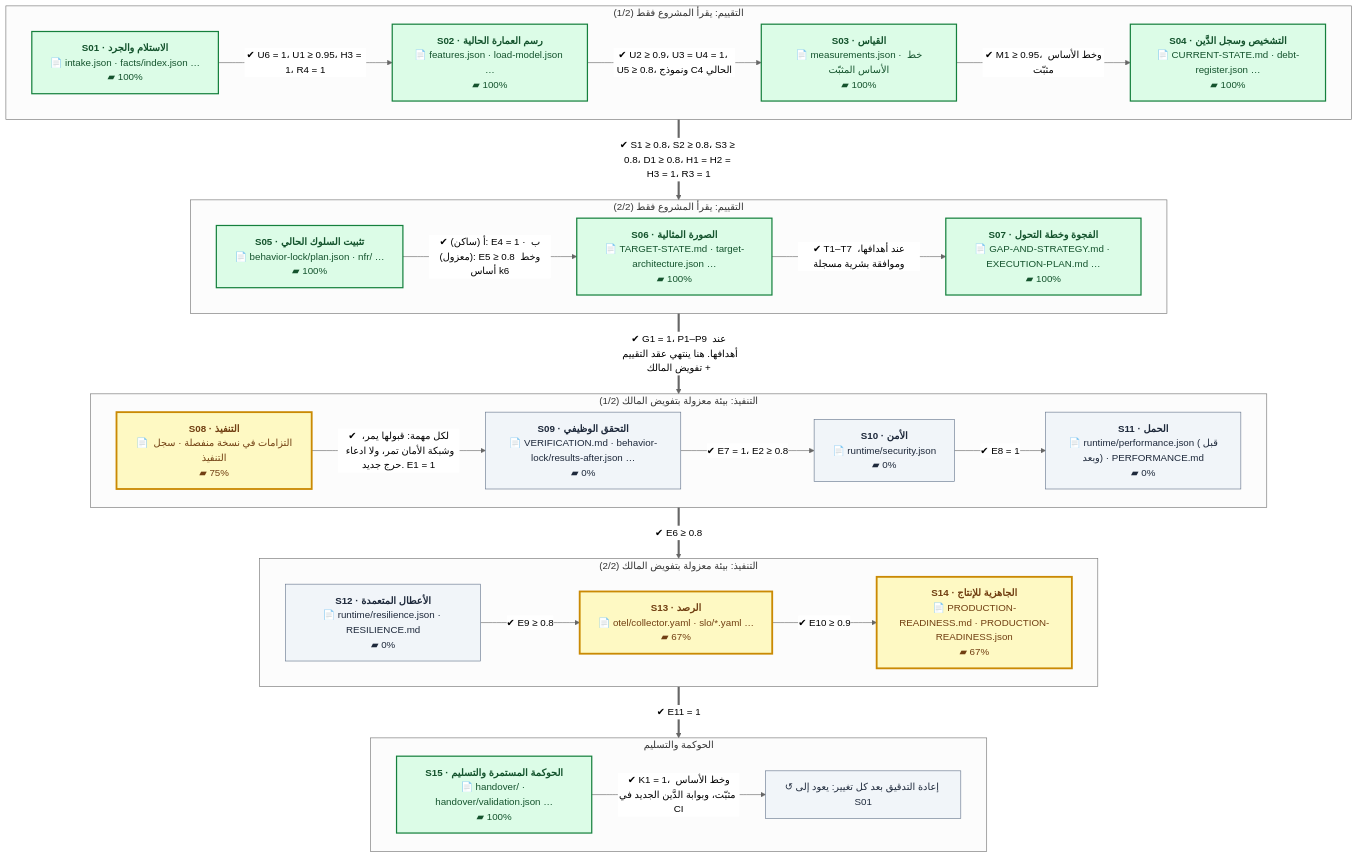
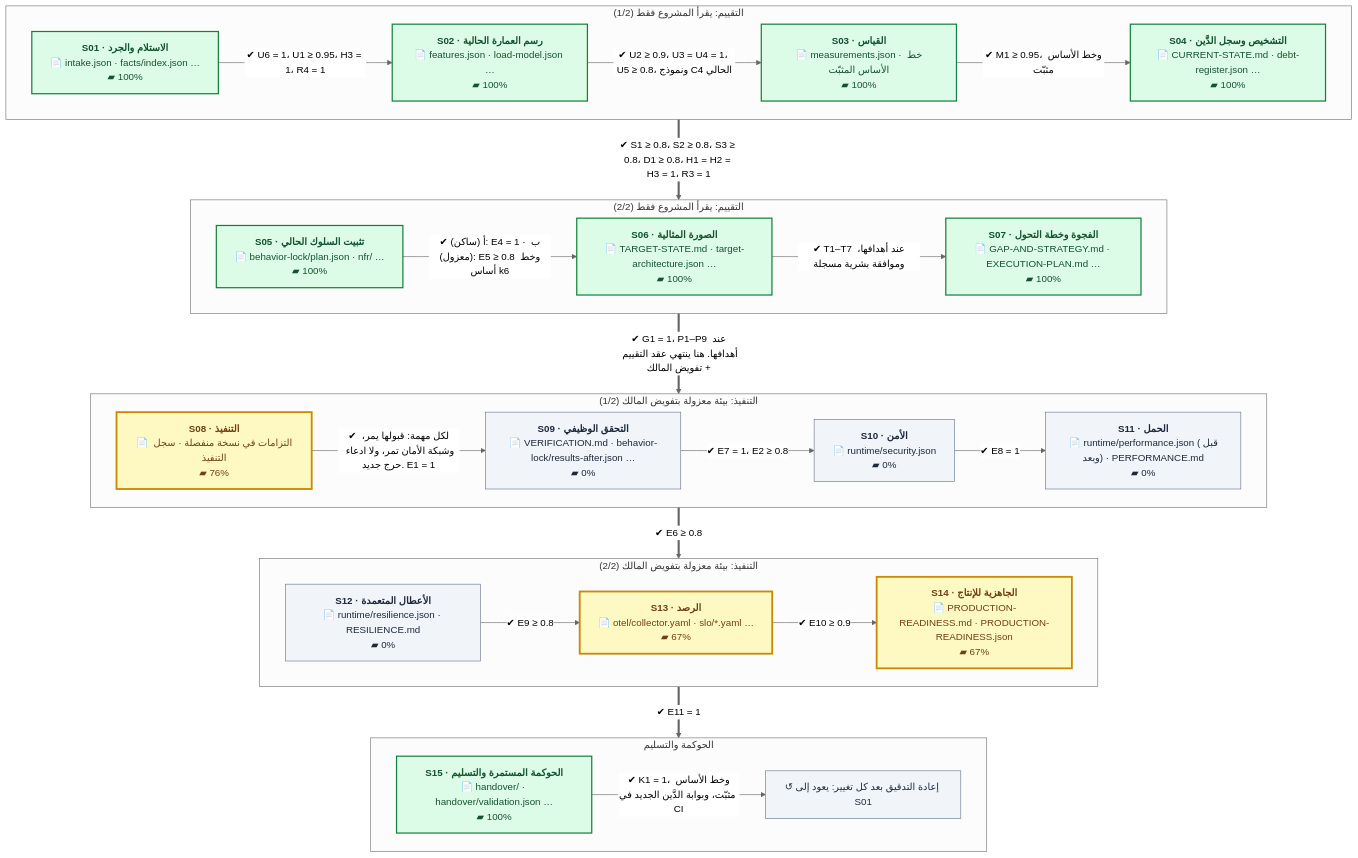
One commit to eom1417/engineering-audit-os changed the first of 2 diagrams in README.md. Above: the diagram before and after it, drawn with Mermaid (neutral theme). The commit also changed other lines of this file and 3 other files, not shown here.

````diff
--- a/README.md
+++ b/README.md
@@ -52,54 +52,54 @@
 ```mermaid
 %%{init: {'flowchart': {'wrappingWidth': 260, 'nodeSpacing': 40, 'rankSpacing': 60}}}%%
 flowchart TB
     subgraph P1["التقييم: يقرأ المشروع فقط (1/2)"]
         direction LR
         S01["<b>S01 · الاستلام والجرد</b><br/>📄 intake.json · facts/index.json …<br/>▰ 100%"]:::done
         S02["<b>S02 · رسم العمارة الحالية</b><br/>📄 features.json · load-model.json …<br/>▰ 100%"]:::done
         S03["<b>S03 · القياس</b><br/>📄 measurements.json · خط الأساس المثبّت<br/>▰ 100%"]:::done
         S04["<b>S04 · التشخيص وسجل الدَّين</b><br/>📄 CURRENT-STATE.md · debt-register.json …<br/>▰ 100%"]:::done
         S01 -->|"✔ U6 = 1، U1 ≥ 0.95، H3 = 1، R4 = 1"| S02
         S02 -->|"✔ U2 ≥ 0.9، U3 = U4 = 1، U5 ≥ 0.8، ونموذج C4 الحالي"| S03
         S03 -->|"✔ M1 ≥ 0.95، وخط الأساس مثبّت"| S04
     end
     subgraph P2["التقييم: يقرأ المشروع فقط (2/2)"]
         direction LR
         S05["<b>S05 · تثبيت السلوك الحالي</b><br/>📄 behavior-lock/plan.json · nfr/ …<br/>▰ 100%"]:::done
         S06["<b>S06 · الصورة المثالية</b><br/>📄 TARGET-STATE.md · target-architecture.json …<br/>▰ 100%"]:::done
         S07["<b>S07 · الفجوة وخطة التحول</b><br/>📄 GAP-AND-STRATEGY.md · EXECUTION-PLAN.md …<br/>▰ 100%"]:::done
         S05 -->|"✔ أ (ساكن): E4 = 1 · ب (معزول): E5 ≥ 0.8 وخط أساس k6"| S06
         S06 -->|"✔ T1–T7 عند أهدافها، وموافقة بشرية مسجلة"| S07
     end
     subgraph P3["التنفيذ: بيئة معزولة بتفويض المالك (1/2)"]
         direction LR
-        S08["<b>S08 · التنفيذ</b><br/>📄 التزامات في نسخة منفصلة · سجل التنفيذ<br/>▰ 75%"]:::current
+        S08["<b>S08 · التنفيذ</b><br/>📄 التزامات في نسخة منفصلة · سجل التنفيذ<br/>▰ 76%"]:::current
         S09["<b>S09 · التحقق الوظيفي</b><br/>📄 VERIFICATION.md · behavior-lock/results-after.json …<br/>▰ 0%"]:::next
         S10["<b>S10 · الأمن</b><br/>📄 runtime/security.json<br/>▰ 0%"]:::next
         S11["<b>S11 · الحمل</b><br/>📄 runtime/performance.json (قبل وبعد) · PERFORMANCE.md<br/>▰ 0%"]:::next
         S08 -->|"✔ لكل مهمة: قبولها يمر، وشبكة الأمان تمر، ولا ادعاء حرج جديد. E1 = 1"| S09
         S09 -->|"✔ E7 = 1، E2 ≥ 0.8"| S10
         S10 -->|"✔ E8 = 1"| S11
     end
     subgraph P4["التنفيذ: بيئة معزولة بتفويض المالك (2/2)"]
         direction LR
         S12["<b>S12 · الأعطال المتعمدة</b><br/>📄 runtime/resilience.json · RESILIENCE.md<br/>▰ 0%"]:::next
         S13["<b>S13 · الرصد</b><br/>📄 otel/collector.yaml · slo/*.yaml …<br/>▰ 67%"]:::current
         S14["<b>S14 · الجاهزية للإنتاج</b><br/>📄 PRODUCTION-READINESS.md · PRODUCTION-READINESS.json<br/>▰ 67%"]:::current
         S12 -->|"✔ E9 ≥ 0.8"| S13
         S13 -->|"✔ E10 ≥ 0.9"| S14
     end
     subgraph P5["الحوكمة والتسليم"]
         direction LR
         S15["<b>S15 · الحوكمة المستمرة والتسليم</b><br/>📄 handover/ · handover/validation.json …<br/>▰ 100%"]:::done
         LOOP["↺ إعادة التدقيق بعد كل تغيير: يعود إلى S01"]:::next
         S15 -->|"✔ K1 = 1، وخط الأساس مثبّت، وبوابة الدَّين الجديد في CI"| LOOP
     end
     P1 ==>|"✔ S1 ≥ 0.8، S2 ≥ 0.8، S3 ≥ 0.8، D1 ≥ 0.8، H1 = H2 = H3 = 1، R3 = 1"| P2
     P2 ==>|"✔ G1 = 1، P1–P9 عند أهدافها. هنا ينتهي عقد التقييم + تفويض المالك"| P3
     P3 ==>|"✔ E6 ≥ 0.8"| P4
     P4 ==>|"✔ E11 = 1"| P5
     classDef done fill:#dcfce7,stroke:#15803d,color:#14532d,stroke-width:2px
     classDef current fill:#fef9c3,stroke:#ca8a04,color:#713f12,stroke-width:3px
     classDef next fill:#f1f5f9,stroke:#64748b,color:#1e293b
     classDef owner fill:#fee2e2,stroke:#b91c1c,color:#7f1d1d,stroke-dasharray:5 3
 ```
````
